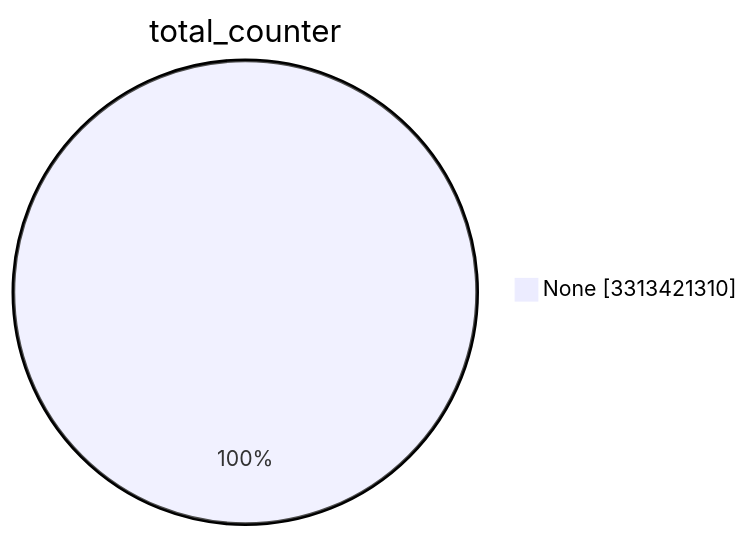
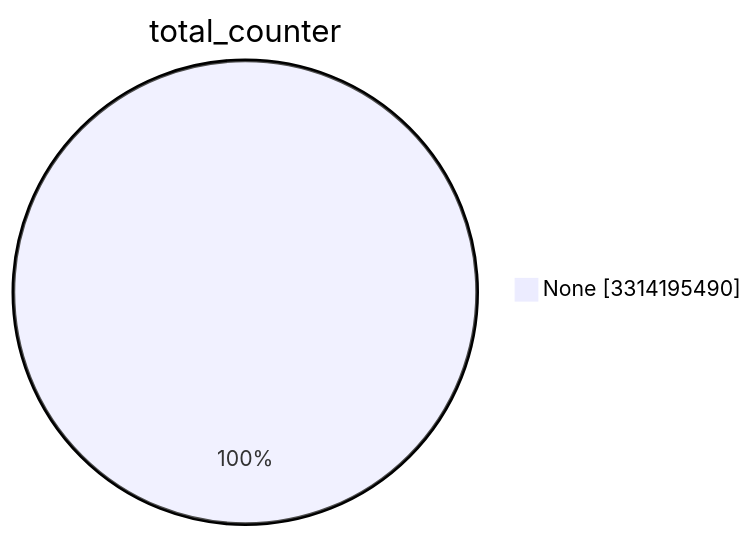
The first of 15 diagrams in TOTAL/README.md (christiankrug/ctmonitor_visualization), drawn with Mermaid before and after one commit. The commit also changed other lines of this file, not shown here.

````diff
--- a/TOTAL/README.md
+++ b/TOTAL/README.md
@@ -1,5 +1,5 @@
 ```mermaid
 pie showData
 title total_counter
-"None" :3313421310
+"None" :3314195490
 ```
````
